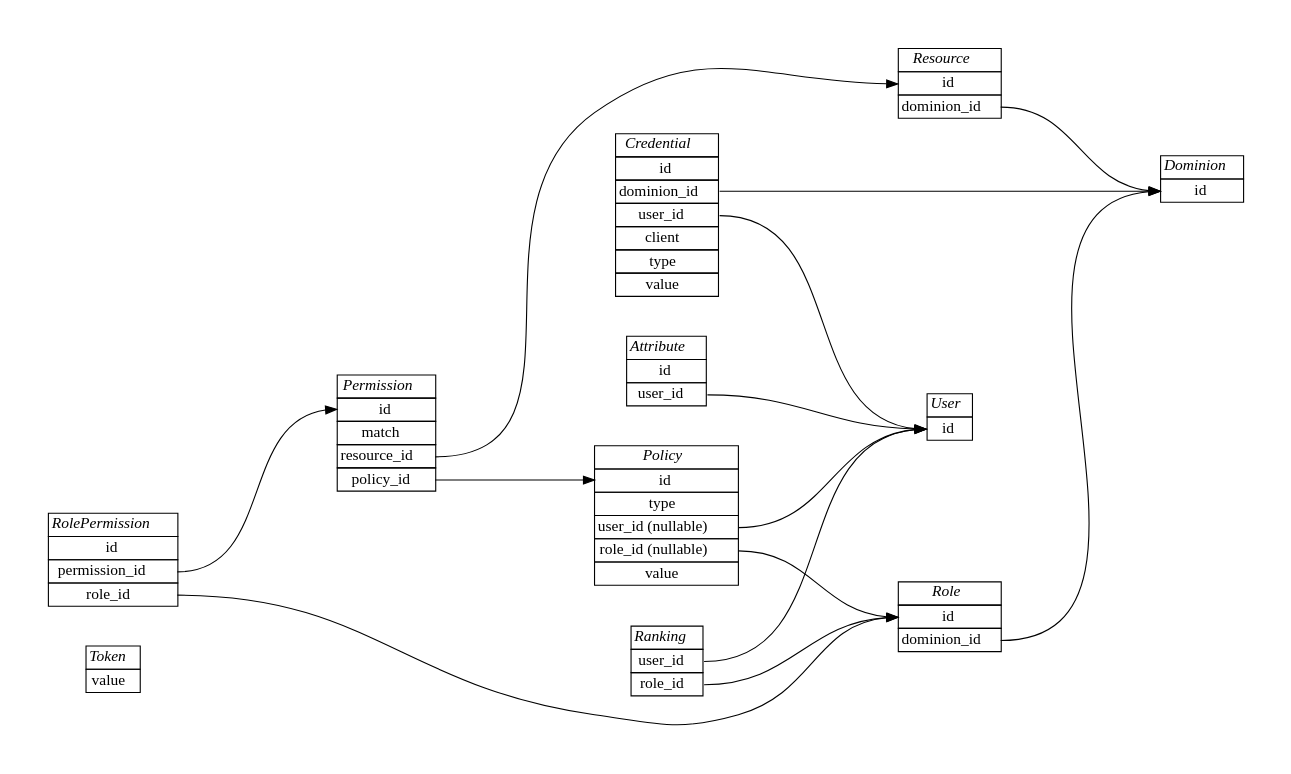
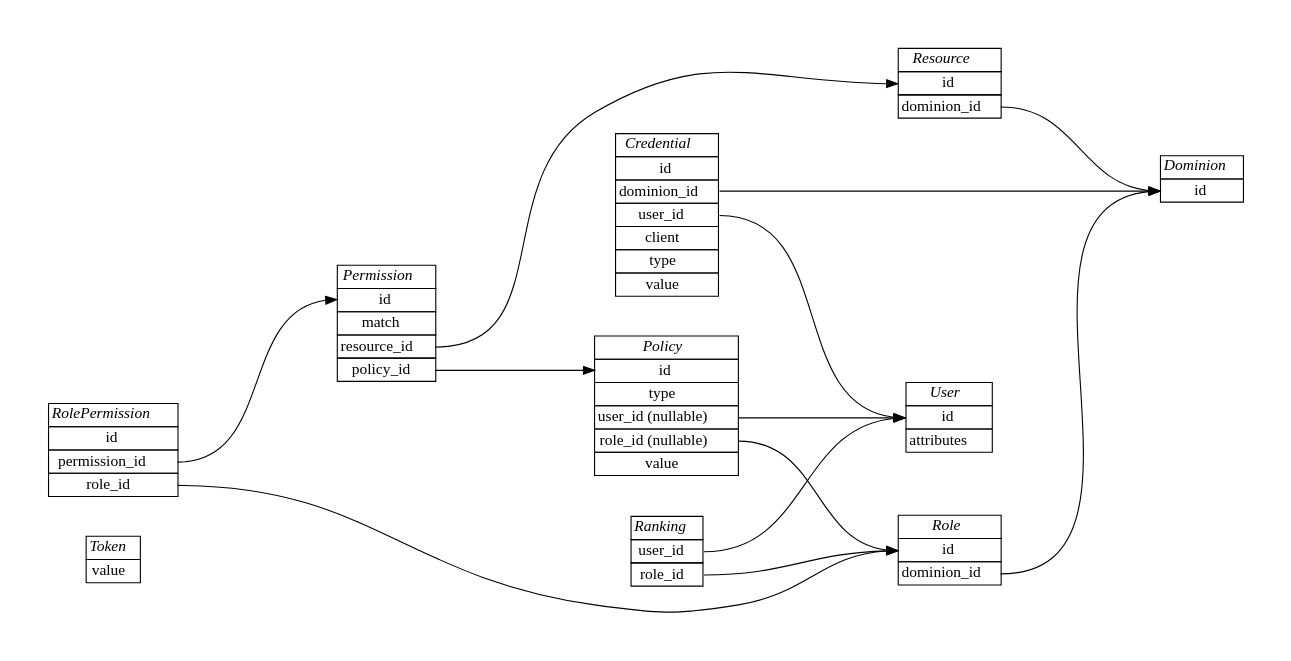
Before and after one commit to knowark/authark: the diagram in docs/architecture/domain.rst, drawn with Graphviz. The commit also changed other lines of this file and 3 other files, not shown here.

Commit message:
Create attributes field as a user's value object

```diff
--- a/docs/architecture/domain.rst
+++ b/docs/architecture/domain.rst
@@ -23,13 +23,7 @@
     <table border="0" cellborder="1" cellspacing="0">
     <tr><td><i>User</i></td></tr>
     <tr><td port="id">id</td></tr>
-    </table>>];
-    
-    Attribute [label=<
-    <table border="0" cellborder="1" cellspacing="0">
-    <tr><td><i>Attribute</i></td></tr>
-    <tr><td port="id">id</td></tr>
-    <tr><td port="user_id">user_id</td></tr>
+    <tr><td port="attributes">attributes</td></tr>
     </table>>];
 
     Ranking [label=<
@@ -97,7 +91,6 @@
     <tr><td port="role_id">role_id</td></tr> 
     </table>>];
 
-    Attribute:user_id -> User:id;
     Ranking:user_id -> User:id;
     Ranking:role_id -> Role:id;
     Credential:dominion_id ->  Dominion:id;
```
